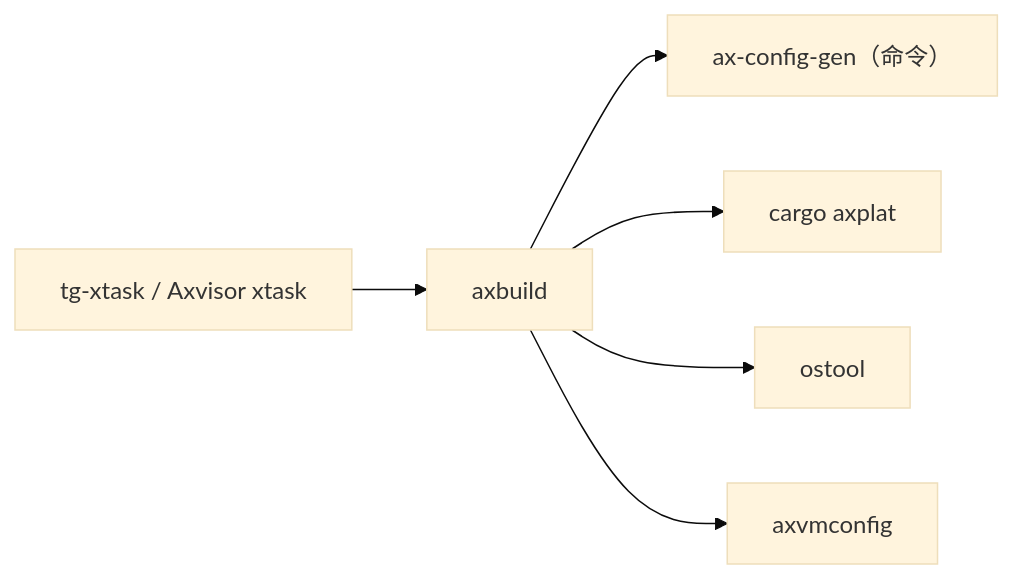
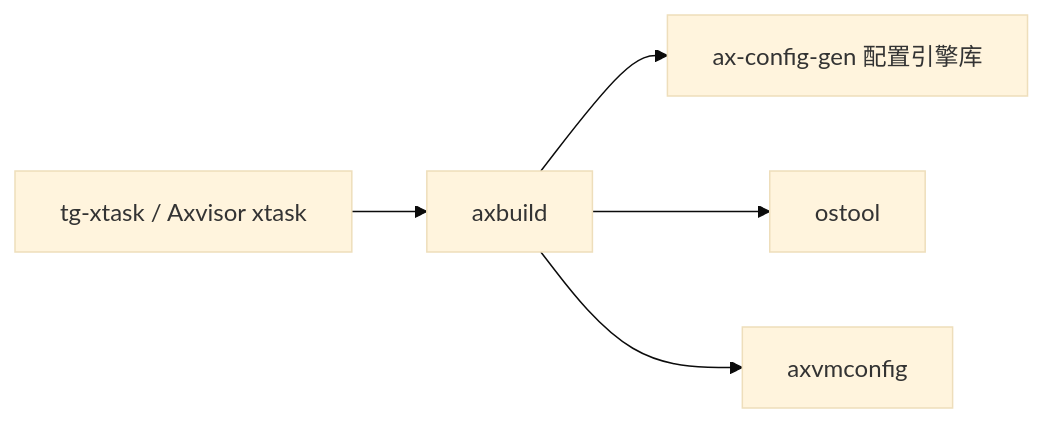
One commit to rcore-os/tgoskits changed the second of 2 diagrams in docs/docs/components/crates/axbuild.md. Above: the diagram before and after it, drawn with Mermaid (base theme). The commit also changed other lines of this file and 48 other files, not shown here.

First line of the commit message:
Refactor platform configuration handling and remove cargo-axplat dependency

````diff
--- a/docs/docs/components/crates/axbuild.md
+++ b/docs/docs/components/crates/axbuild.md
@@ -112,8 +112,7 @@
 ```mermaid
 graph LR
     xtask["tg-xtask / Axvisor xtask"] --> axbuild["axbuild"]
-    axbuild --> ax_config_gen["ax-config-gen（命令）"]
-    axbuild --> cargo_axplat["cargo axplat"]
+    axbuild --> ax_config_gen["ax-config-gen 配置引擎库"]
     axbuild --> ostool["ostool"]
     axbuild --> axvmconfig["axvmconfig"]
 ```
````
